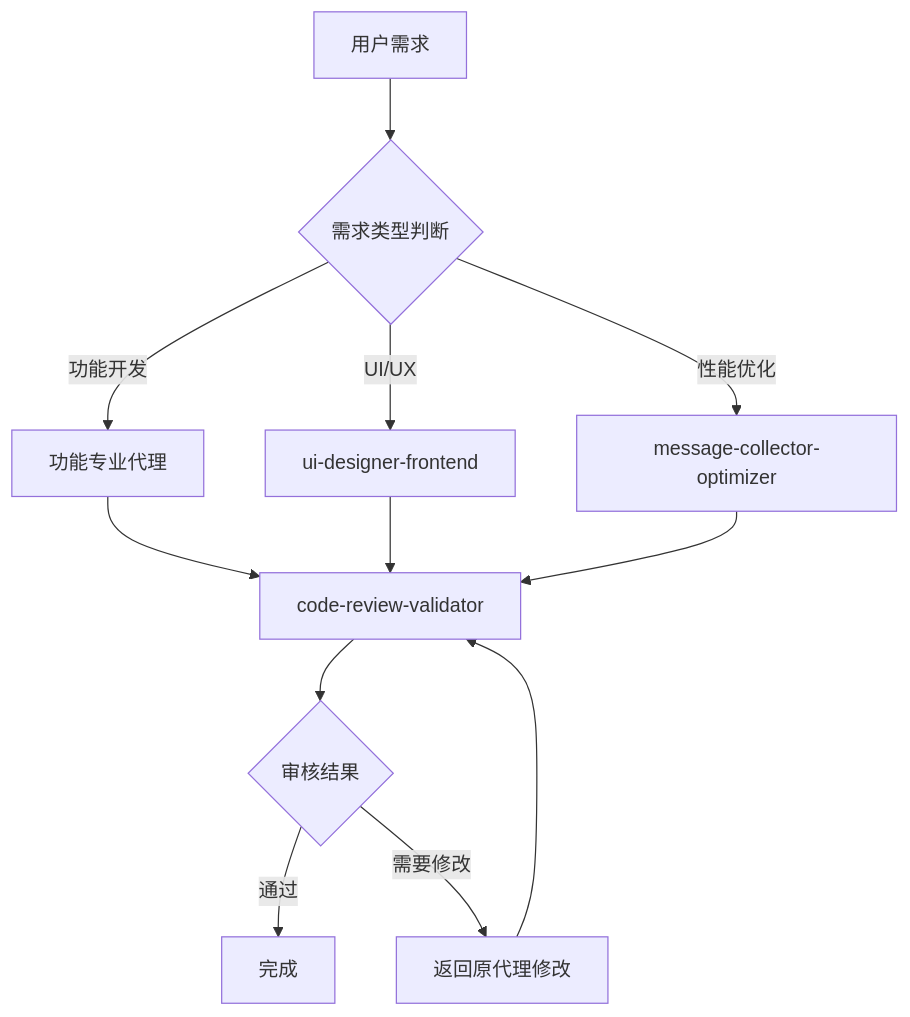
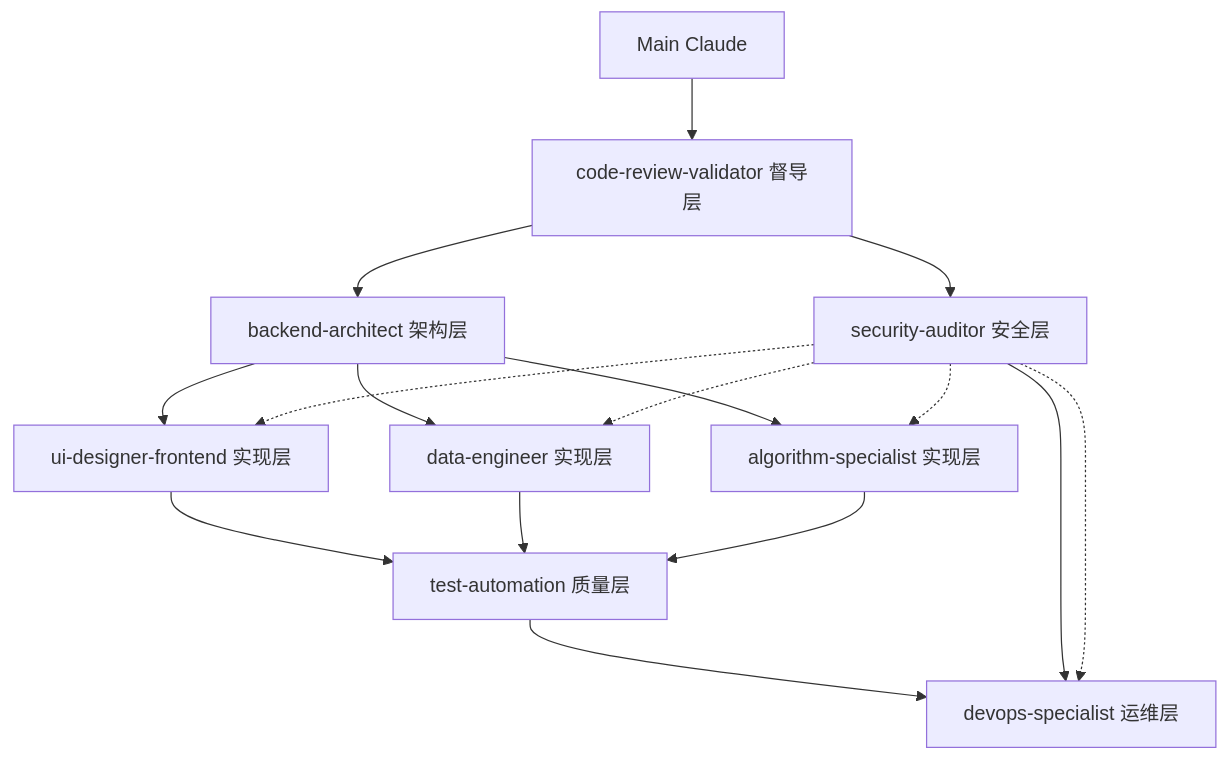
Before and after one commit to xmdragon/telegram_channel_bot: the diagram in .claude/agents/agent-collaboration.md, drawn with Mermaid. The commit also changed other lines of this file and 6 other files, not shown here.

````diff
--- a/.claude/agents/agent-collaboration.md
+++ b/.claude/agents/agent-collaboration.md
@@ -58,16 +24,23 @@
 ```mermaid
 graph TD
-    A[用户需求] --> B{需求类型判断}
-    B -->|功能开发| C[功能专业代理]
-    B -->|UI/UX| D[ui-designer-frontend]
-    B -->|性能优化| E[message-collector-optimizer]
+    A[Main Claude] --> B[code-review-validator 督导层]
     
-    C --> F[code-review-validator]
-    D --> F
-    E --> F
+    B --> C[backend-architect 架构层]
+    B --> D[security-auditor 安全层]
     
-    F --> G{审核结果}
-    G -->|通过| H[完成]
-    G -->|需要修改| I[返回原代理修改]
-    I --> F
+    C --> E[ui-designer-frontend 实现层]
+    C --> F[data-engineer 实现层]
+    C --> G[algorithm-specialist 实现层]
+    
+    E --> H[test-automation 质量层]
+    F --> H
+    G --> H
+    
+    H --> I[devops-specialist 运维层]
+    D --> I
+    
+    D -.-> E
+    D -.-> F
+    D -.-> G
+    D -.-> I
 ```
````
